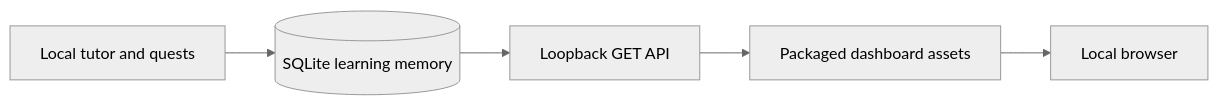
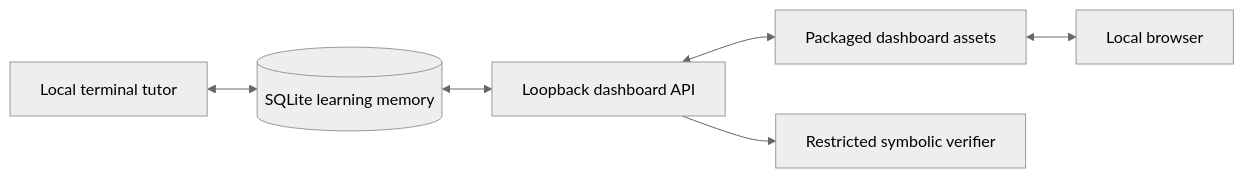
The diagram in docs/LOCAL_DASHBOARD.md (GizmosGarage/Sensei), drawn with Mermaid (neutral theme) before and after one commit. The commit also changed other lines of this file and 21 other files, not shown here.

````diff
--- a/docs/LOCAL_DASHBOARD.md
+++ b/docs/LOCAL_DASHBOARD.md
@@ -25,7 +35,8 @@
 ```mermaid
 flowchart LR
-    Tutor[Local tutor and quests] --> DB[(SQLite learning memory)]
-    DB --> API[Loopback GET API]
-    API --> Page[Packaged dashboard assets]
-    Page --> Browser[Local browser]
+    Tutor[Local terminal tutor] <--> DB[(SQLite learning memory)]
+    DB <--> API[Loopback dashboard API]
+    API <--> Page[Packaged dashboard assets]
+    Page <--> Browser[Local browser]
+    API --> Verify[Restricted symbolic verifier]
 ```
````
